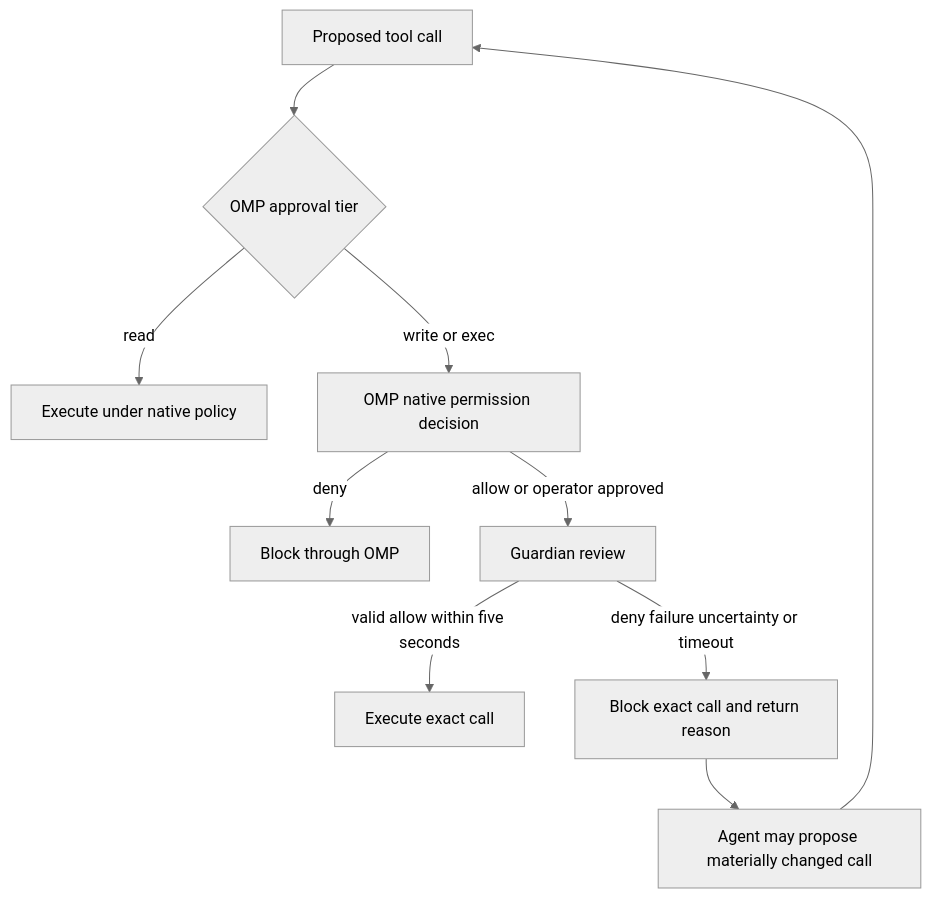
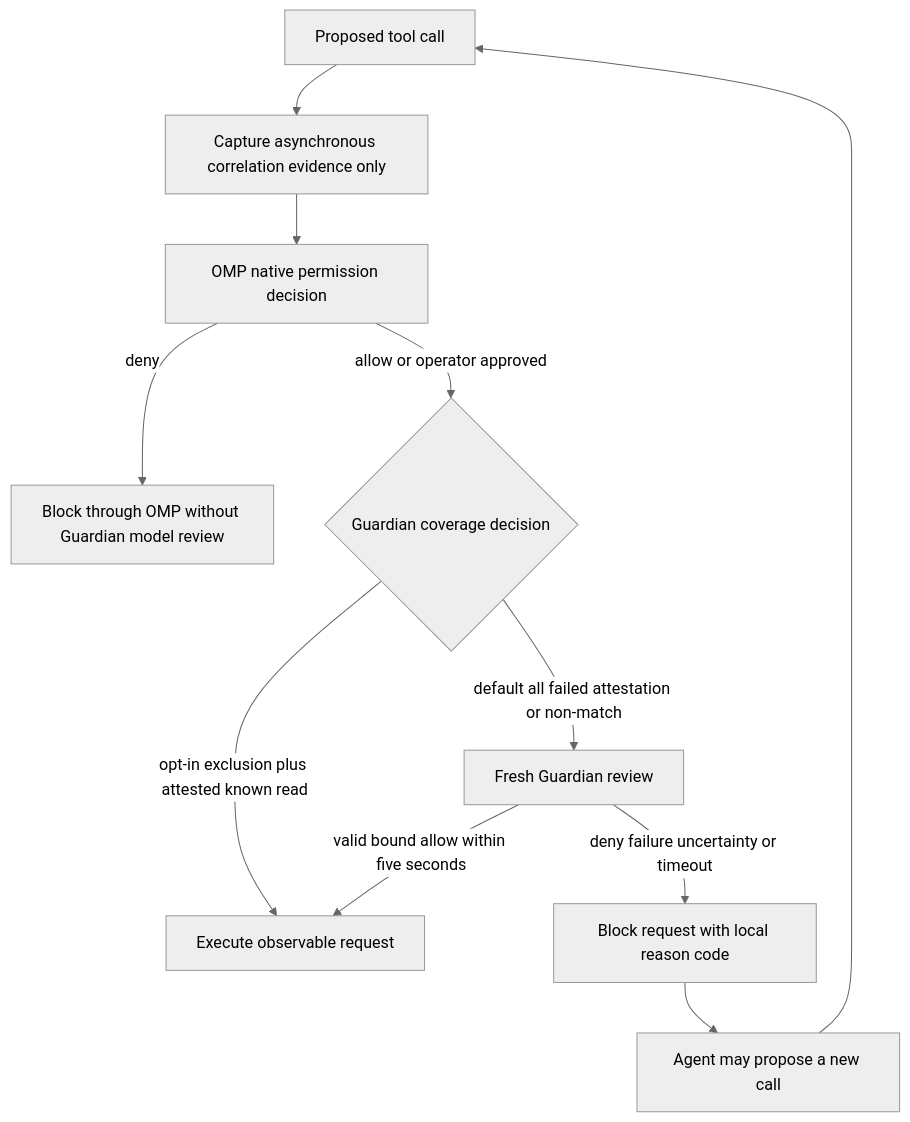
Before and after one commit to ian-pascoe/dotfiles-chezmoi: the first of 4 diagrams in docs/plans/2026-07-17-001-feat-omp-tool-call-guardian-plan.md, drawn with Mermaid (neutral theme). The commit also changed other lines of this file and 1881 other files, not shown here.

````diff
--- a/docs/plans/2026-07-17-001-feat-omp-tool-call-guardian-plan.md
+++ b/docs/plans/2026-07-17-001-feat-omp-tool-call-guardian-plan.md
@@ -86,12 +91,13 @@
 ```mermaid
 flowchart TB
-  A[Proposed tool call] --> B{OMP approval tier}
-  B -->|read| C[Execute under native policy]
-  B -->|write or exec| D[OMP native permission decision]
-  D -->|deny| E[Block through OMP]
-  D -->|allow or operator approved| F[Guardian review]
-  F -->|valid allow within five seconds| G[Execute exact call]
-  F -->|deny failure uncertainty or timeout| H[Block exact call and return reason]
-  H --> I[Agent may propose materially changed call]
+  A[Proposed tool call] --> B[Capture asynchronous correlation evidence only]
+  B --> C[OMP native permission decision]
+  C -->|deny| D[Block through OMP without Guardian model review]
+  C -->|allow or operator approved| E{Guardian coverage decision}
+  E -->|opt-in exclusion plus attested known read| F[Execute observable request]
+  E -->|default all failed attestation or non-match| G[Fresh Guardian review]
+  G -->|valid bound allow within five seconds| F
+  G -->|deny failure uncertainty or timeout| H[Block request with local reason code]
+  H --> I[Agent may propose a new call]
   I --> A
 ```
````
